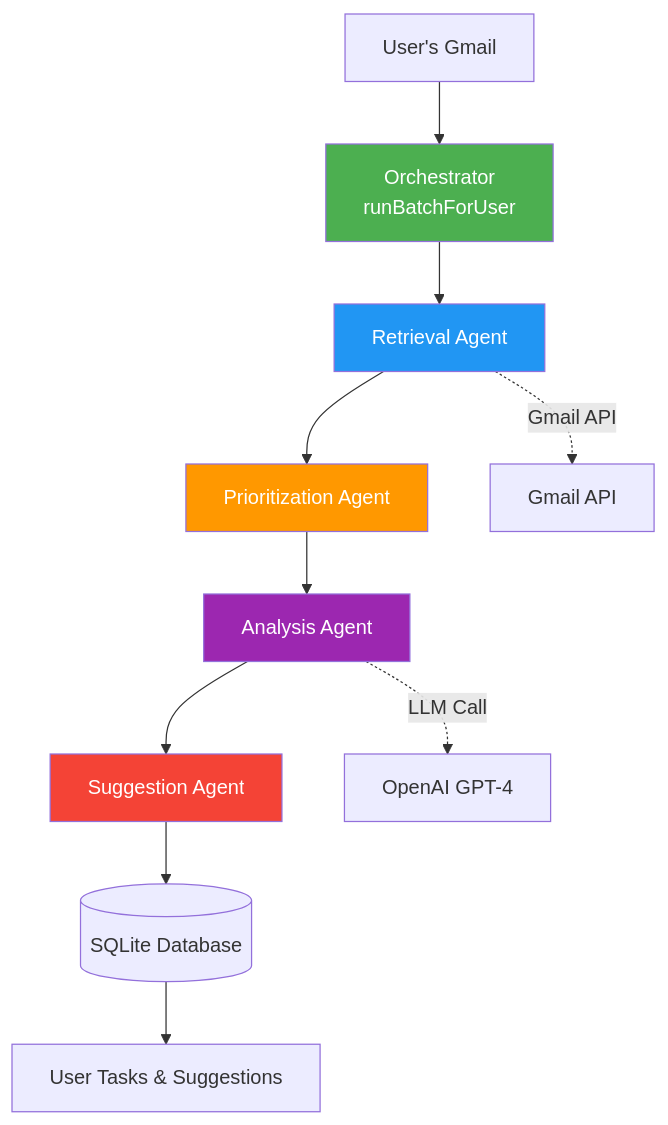
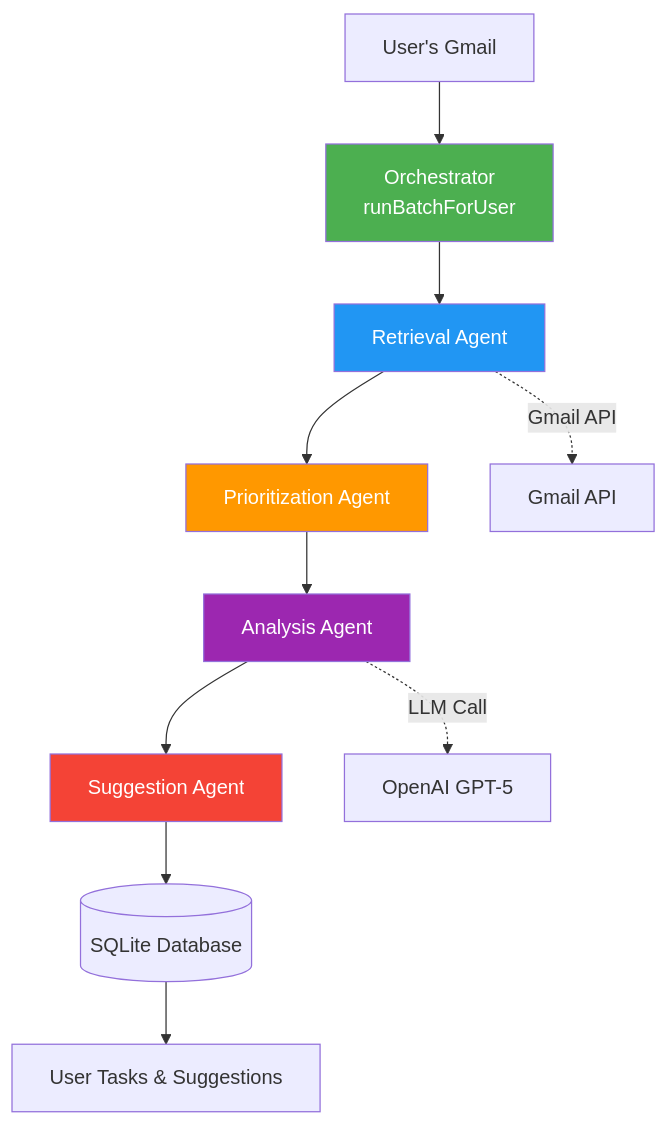
The first of 2 diagrams in email-assistant/ARCHITECTURE.md (Alyfish/proj), drawn with Mermaid before and after one commit. The commit also changed other lines of this file and 13 other files, not shown here.

````diff
--- a/email-assistant/ARCHITECTURE.md
+++ b/email-assistant/ARCHITECTURE.md
@@ -22,21 +22,21 @@
 ```mermaid
 graph TB
     User[User's Gmail] --> Orchestrator[Orchestrator<br/>runBatchForUser]
     
     Orchestrator --> R[Retrieval Agent]
     R --> P[Prioritization Agent]
     P --> A[Analysis Agent]
     A --> S[Suggestion Agent]
     S --> DB[(SQLite Database)]
     
     R -.->|Gmail API| Gmail[Gmail API]
-    A -.->|LLM Call| OpenAI[OpenAI GPT-4]
+    A -.->|LLM Call| OpenAI[OpenAI GPT-5]
     
     DB --> Output[User Tasks & Suggestions]
     
     style Orchestrator fill:#4CAF50,color:#fff
     style R fill:#2196F3,color:#fff
     style P fill:#FF9800,color:#fff
     style A fill:#9C27B0,color:#fff
     style S fill:#F44336,color:#fff
 ```
````
